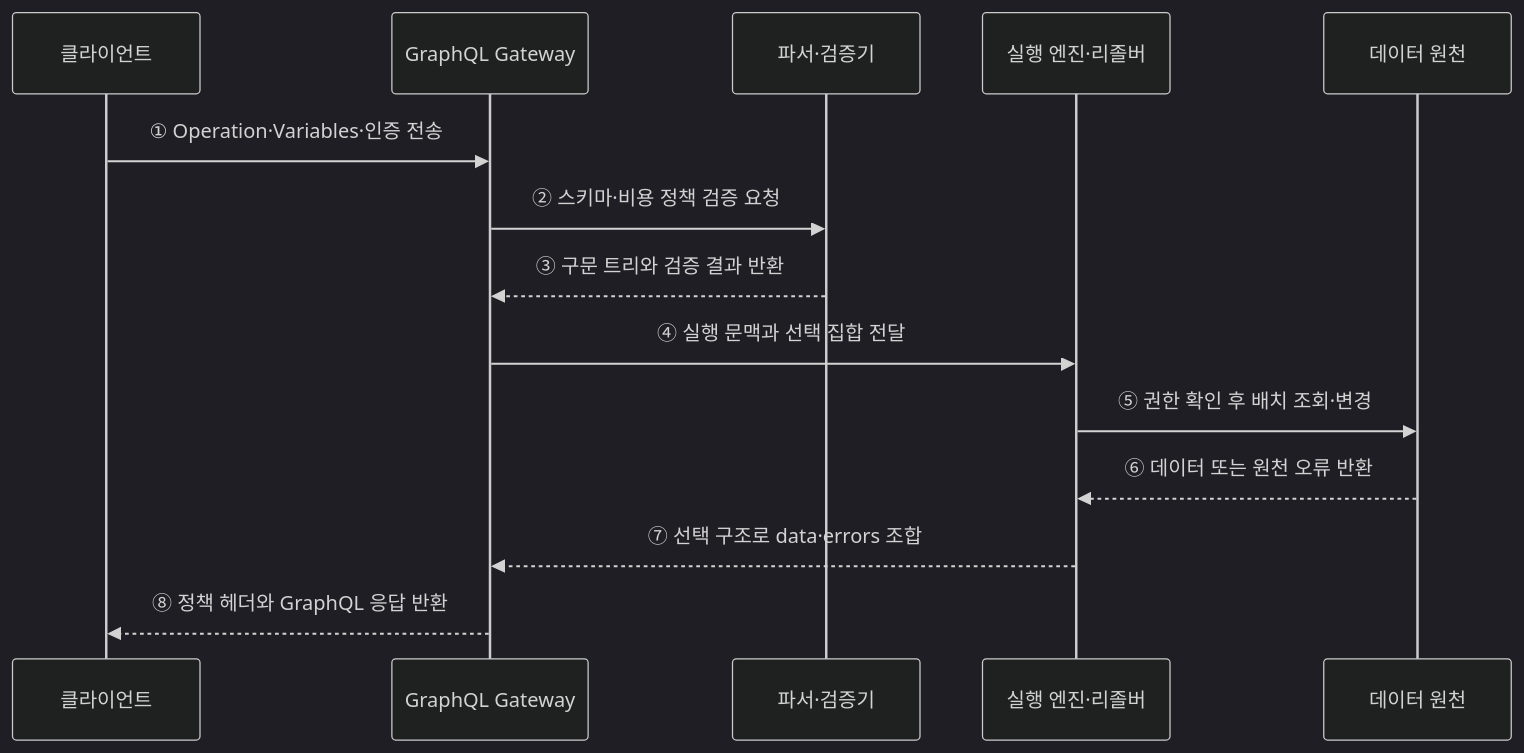
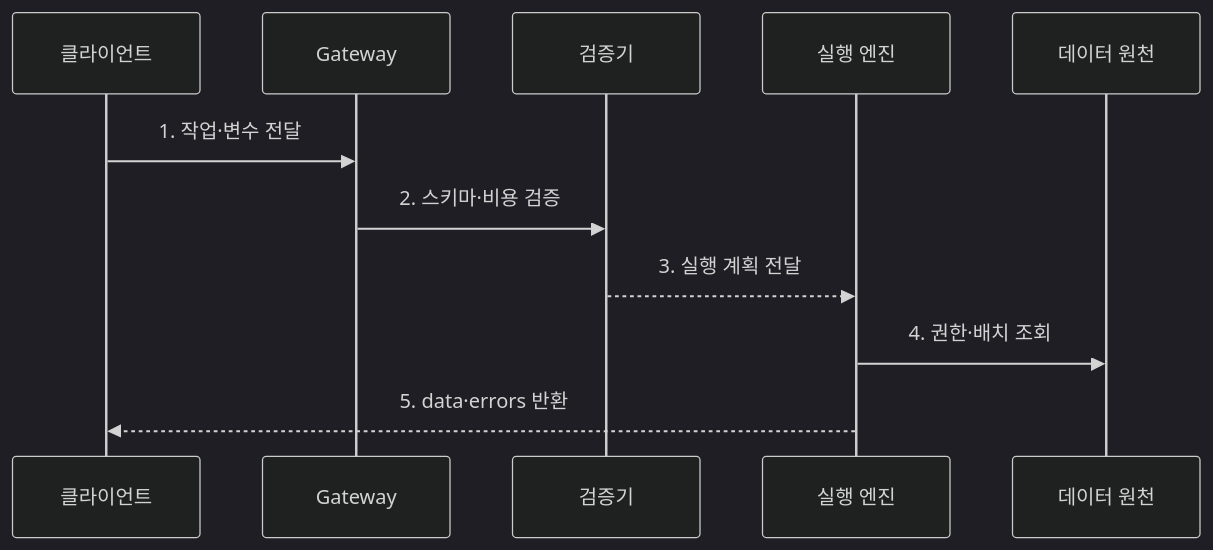
One commit to agnusdei1207/knowledge-base changed the second of 2 diagrams in src/content/docs/notes/03-software/172_graphql.md. Above: the diagram before and after it, drawn with Mermaid (dark theme). The commit also changed other lines of this file and 20 other files, not shown here.

````diff
--- a/src/content/docs/notes/03-software/172_graphql.md
+++ b/src/content/docs/notes/03-software/172_graphql.md
@@ -73,16 +84,13 @@
 ```mermaid
 sequenceDiagram
     participant C as 클라이언트
-    participant G as GraphQL Gateway
-    participant V as 파서·검증기
-    participant E as 실행 엔진·리졸버
+    participant G as Gateway
+    participant V as 검증기
+    participant E as 실행 엔진
     participant D as 데이터 원천
-    C->>G: ① Operation·Variables·인증 전송
-    G->>V: ② 스키마·비용 정책 검증 요청
-    V-->>G: ③ 구문 트리와 검증 결과 반환
-    G->>E: ④ 실행 문맥과 선택 집합 전달
-    E->>D: ⑤ 권한 확인 후 배치 조회·변경
-    D-->>E: ⑥ 데이터 또는 원천 오류 반환
-    E-->>G: ⑦ 선택 구조로 data·errors 조합
-    G-->>C: ⑧ 정책 헤더와 GraphQL 응답 반환
+    C->>G: 1. 작업·변수 전달
+    G->>V: 2. 스키마·비용 검증
+    V-->>E: 3. 실행 계획 전달
+    E->>D: 4. 권한·배치 조회
+    E-->>C: 5. data·errors 반환
 ```
````
